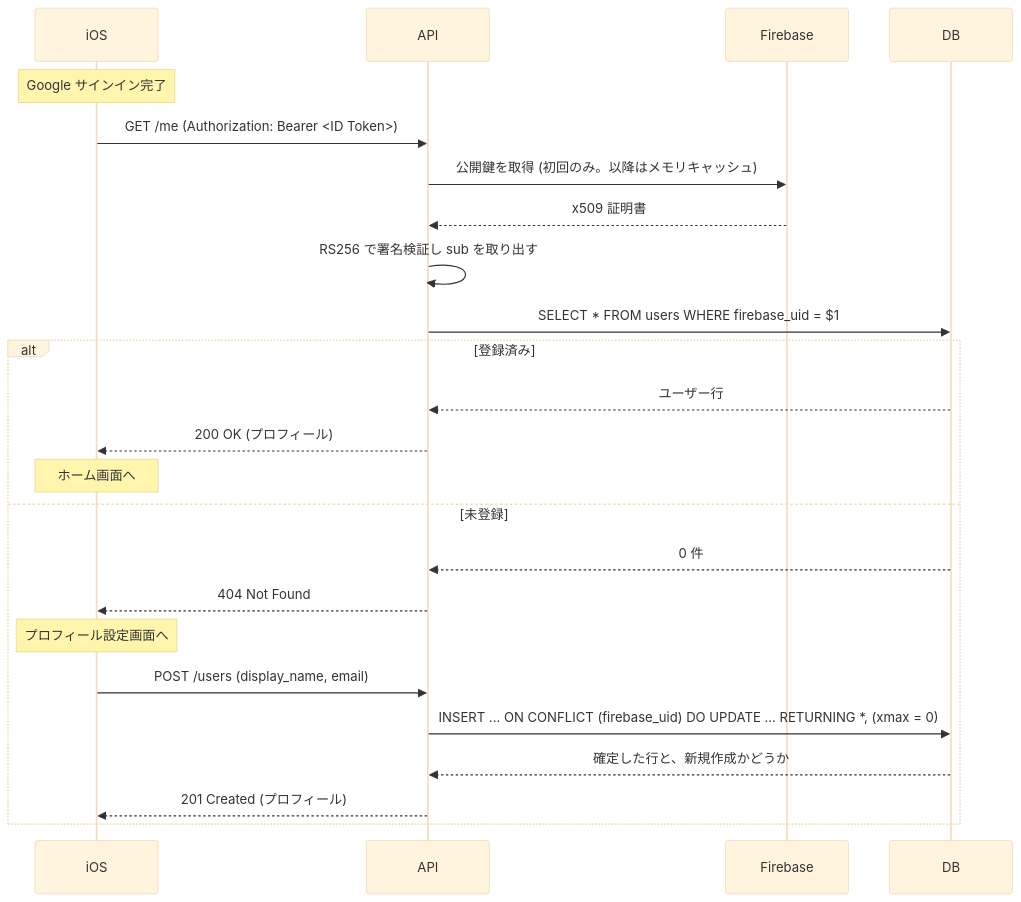
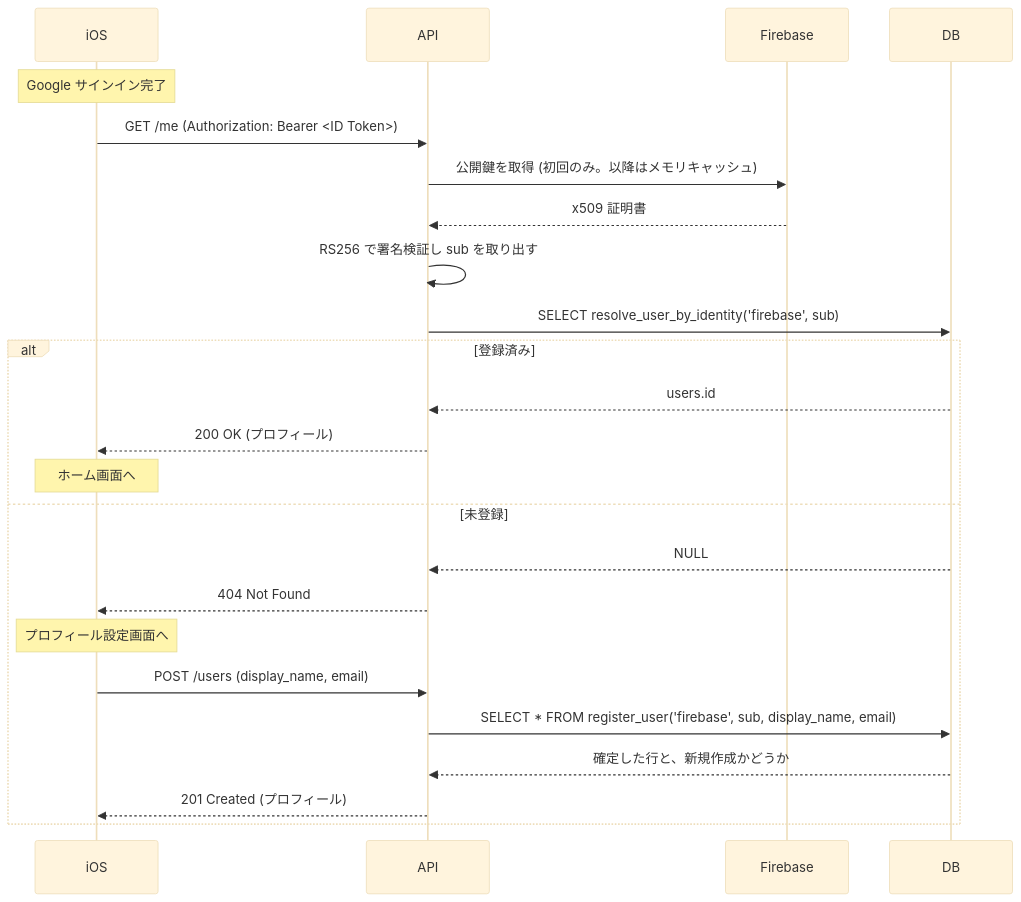
Before and after one commit to sawakishuto/himasoku-go: the second of 4 diagrams in docs/usecases/onboarding.md, drawn with Mermaid (base theme). The commit also changed other lines of this file and 3 other files, not shown here.

````diff
--- a/docs/usecases/onboarding.md
+++ b/docs/usecases/onboarding.md
@@ -71,28 +78,28 @@
 ```mermaid
 sequenceDiagram
     participant iOS
     participant API
     participant Firebase
     participant DB
 
     Note over iOS: Google サインイン完了
     iOS->>API: GET /me (Authorization: Bearer <ID Token>)
     API->>Firebase: 公開鍵を取得 (初回のみ。以降はメモリキャッシュ)
     Firebase-->>API: x509 証明書
     API->>API: RS256 で署名検証し sub を取り出す
-    API->>DB: SELECT * FROM users WHERE firebase_uid = $1
+    API->>DB: SELECT resolve_user_by_identity('firebase', sub)
 
     alt 登録済み
-        DB-->>API: ユーザー行
+        DB-->>API: users.id
         API-->>iOS: 200 OK (プロフィール)
         Note over iOS: ホーム画面へ
     else 未登録
-        DB-->>API: 0 件
+        DB-->>API: NULL
         API-->>iOS: 404 Not Found
         Note over iOS: プロフィール設定画面へ
         iOS->>API: POST /users (display_name, email)
-        API->>DB: INSERT ... ON CONFLICT (firebase_uid) DO UPDATE ... RETURNING *, (xmax = 0)
+        API->>DB: SELECT * FROM register_user('firebase', sub, display_name, email)
         DB-->>API: 確定した行と、新規作成かどうか
         API-->>iOS: 201 Created (プロフィール)
     end
 ```
````
